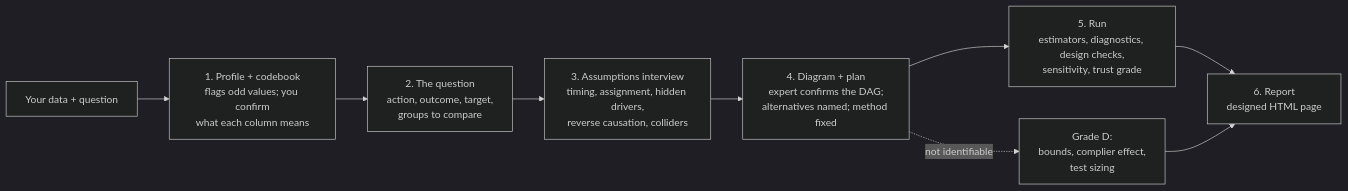
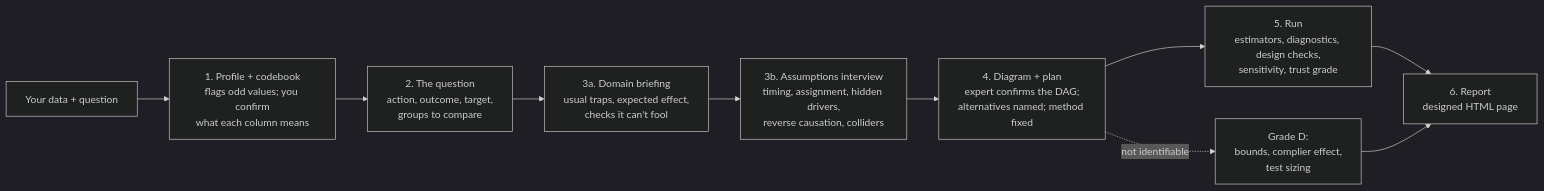
One commit to kiritbasu/causal-analyst changed the diagram in README.md. Above: the diagram before and after it, drawn with Mermaid (dark theme). The commit also changed other lines of this file and 24 other files, not shown here.

````diff
--- a/README.md
+++ b/README.md
@@ -140,11 +152,12 @@
 ```mermaid
 flowchart LR
   A[Your data + question] --> B[1. Profile + codebook<br/>flags odd values; you confirm<br/>what each column means]
   B --> C[2. The question<br/>action, outcome, target,<br/>groups to compare]
-  C --> D[3. Assumptions interview<br/>timing, assignment, hidden drivers,<br/>reverse causation, colliders]
+  C --> K[3a. Domain briefing<br/>usual traps, expected effect,<br/>checks it can't fool]
+  K --> D[3b. Assumptions interview<br/>timing, assignment, hidden drivers,<br/>reverse causation, colliders]
   D --> E[4. Diagram + plan<br/>expert confirms the DAG;<br/>alternatives named; method fixed]
   E --> F[5. Run<br/>estimators, diagnostics, design checks,<br/>sensitivity, trust grade]
   F --> G[6. Report<br/>designed HTML page]
   E -. not identifiable .-> H[Grade D:<br/>bounds, complier effect,<br/>test sizing]
   H --> G
 ```
````
